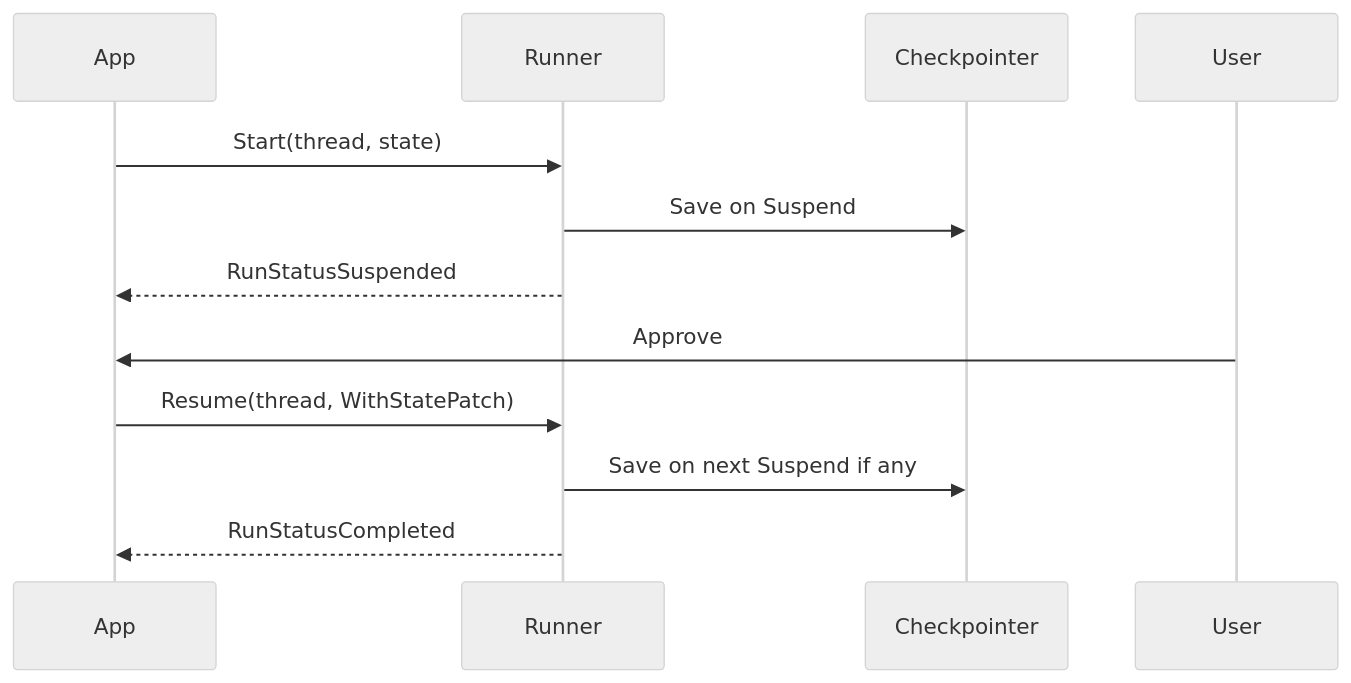
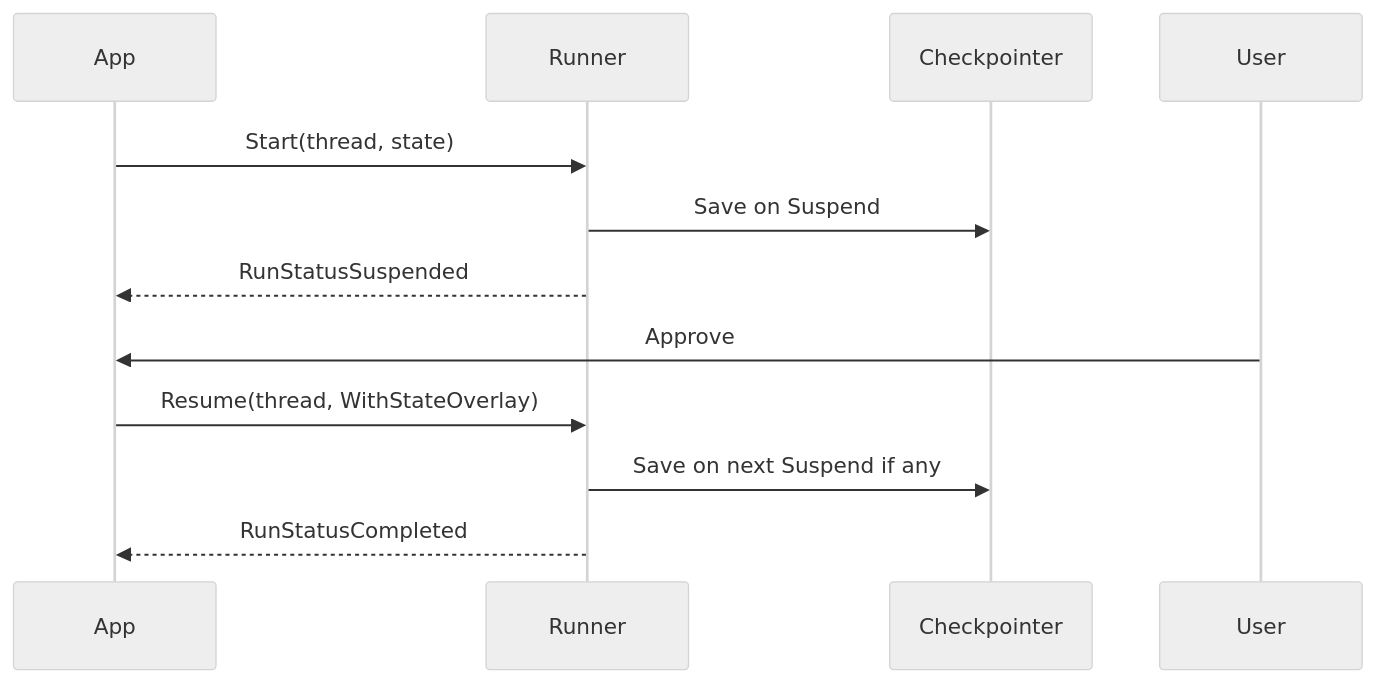
Before and after one commit to skosovsky/flowy: the diagram in examples/hitl_agent/README.md, drawn with Mermaid (neutral theme). The commit also changed other lines of this file and 55 other files, not shown here.

````diff
--- a/examples/hitl_agent/README.md
+++ b/examples/hitl_agent/README.md
@@ -26,15 +26,15 @@
 ```mermaid
 sequenceDiagram
   participant App
   participant Runner
   participant CP as Checkpointer
   participant User
 
   App->>Runner: Start(thread, state)
   Runner->>CP: Save on Suspend
   Runner-->>App: RunStatusSuspended
   User->>App: Approve
-  App->>Runner: Resume(thread, WithStatePatch)
+  App->>Runner: Resume(thread, WithStateOverlay)
   Runner->>CP: Save on next Suspend if any
   Runner-->>App: RunStatusCompleted
 ```
````
